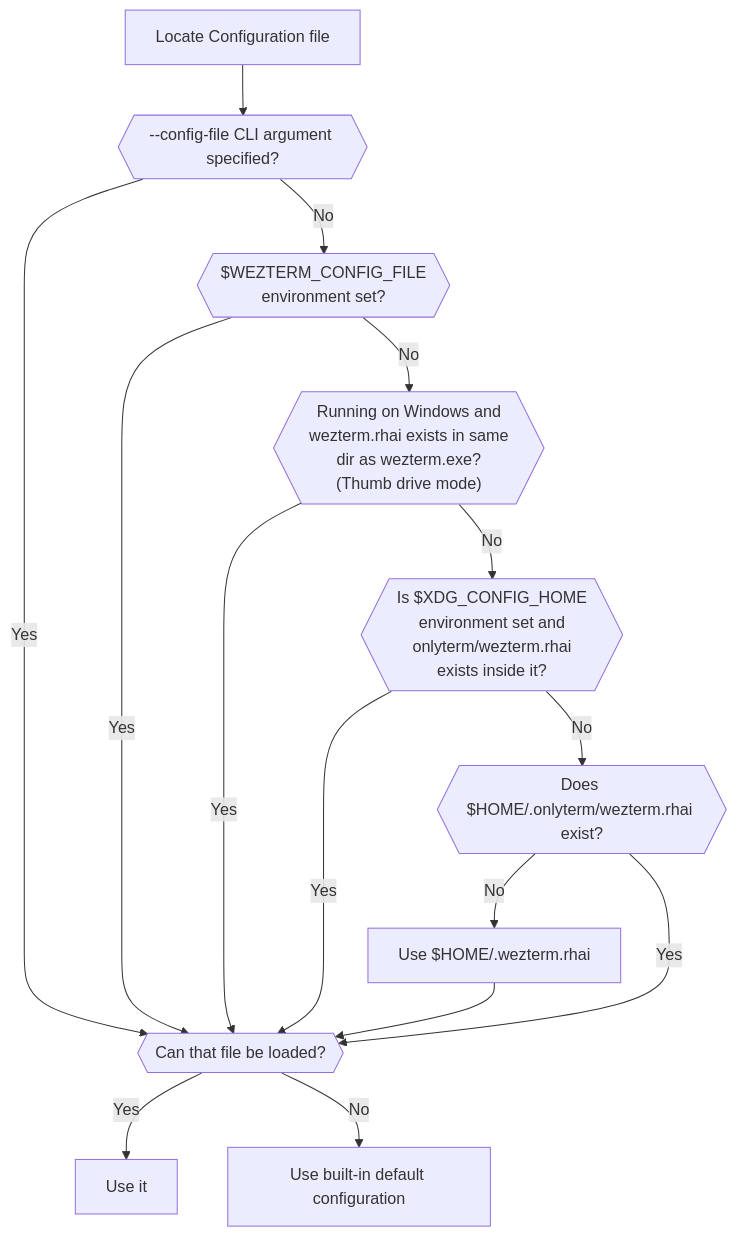
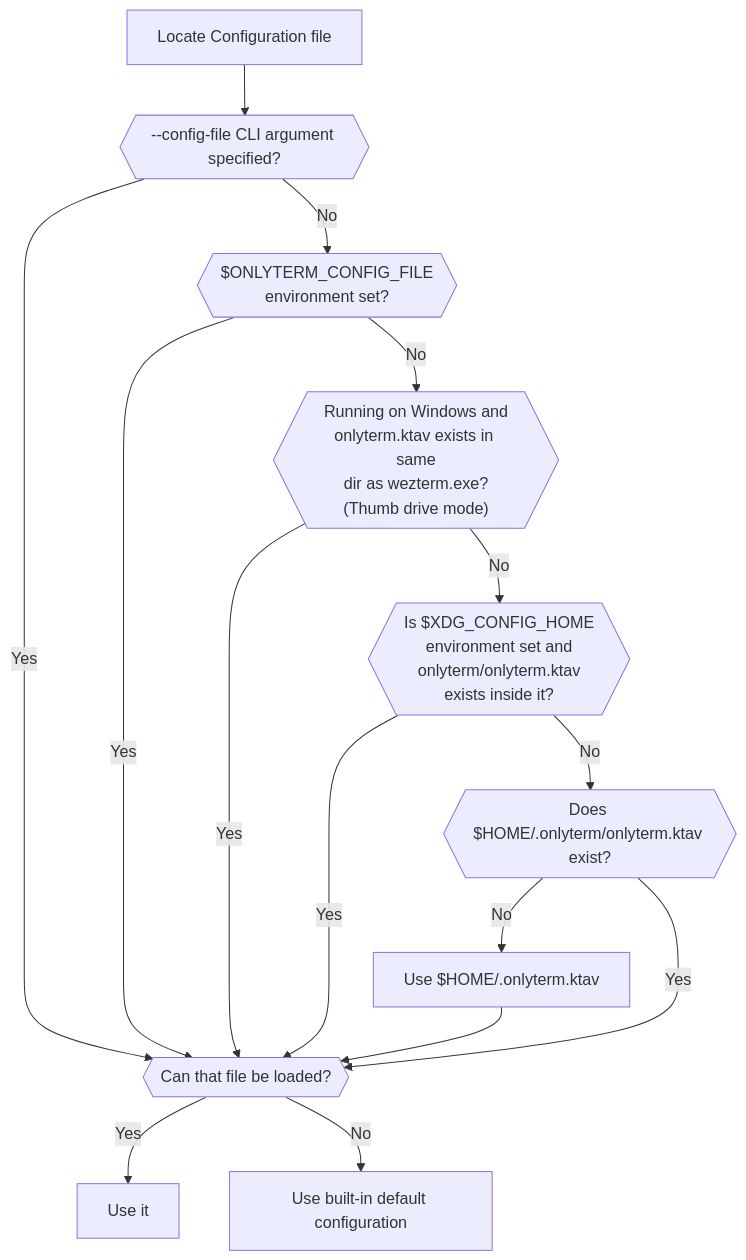
The diagram in docs/config/files.md (PHPCraftdream/OnlyTerm), drawn with Mermaid before and after one commit. The commit also changed other lines of this file and 433 other files, not shown here.

First line of the commit message:
docs: update config docs for ktav, remove rhai/lua scripting documentation (task #281)

````diff
--- a/docs/config/files.md
+++ b/docs/config/files.md
@@ -52,17 +49,17 @@
 ```mermaid
 graph TD
   X[Locate Configuration file] --> A{{--config-file CLI argument specified?}}
   A -->|Yes| B{{Can that file be loaded?}}
   B -->|Yes| C[Use it]
   B -->|No| D[Use built-in default configuration]
-  A -->|No| E{{$WEZTERM_CONFIG_FILE<br/>environment set?}}
+  A -->|No| E{{$ONLYTERM_CONFIG_FILE<br/>environment set?}}
   E -->|Yes| B
-  E -->|No| F{{"Running on Windows and<br/>wezterm.rhai exists in same<br/>dir as wezterm.exe?<br/>(Thumb drive mode)"}}
+  E -->|No| F{{"Running on Windows and<br/>onlyterm.ktav exists in same<br/>dir as wezterm.exe?<br/>(Thumb drive mode)"}}
   F -->|Yes| B
-  F -->|No| H{{Is $XDG_CONFIG_HOME<br/>environment set and<br/>onlyterm/wezterm.rhai<br/>exists inside it?}}
+  F -->|No| H{{Is $XDG_CONFIG_HOME<br/>environment set and<br/>onlyterm/onlyterm.ktav<br/>exists inside it?}}
   H -->|Yes| B
   J --> B
-  H -->|No| K{{Does $HOME/.onlyterm/wezterm.rhai exist?}}
+  H -->|No| K{{Does $HOME/.onlyterm/onlyterm.ktav exist?}}
   K -->|Yes| B
-  K -->|No| J[Use $HOME/.wezterm.rhai]
+  K -->|No| J[Use $HOME/.onlyterm.ktav]
 ```
````
